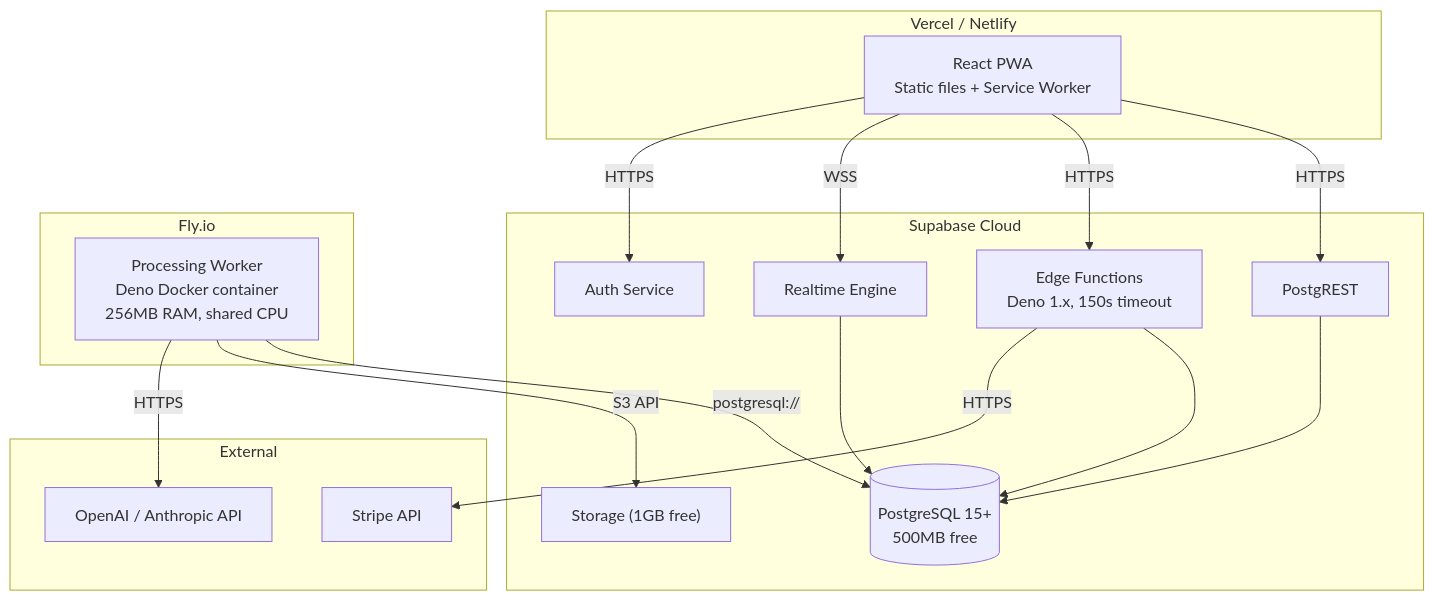
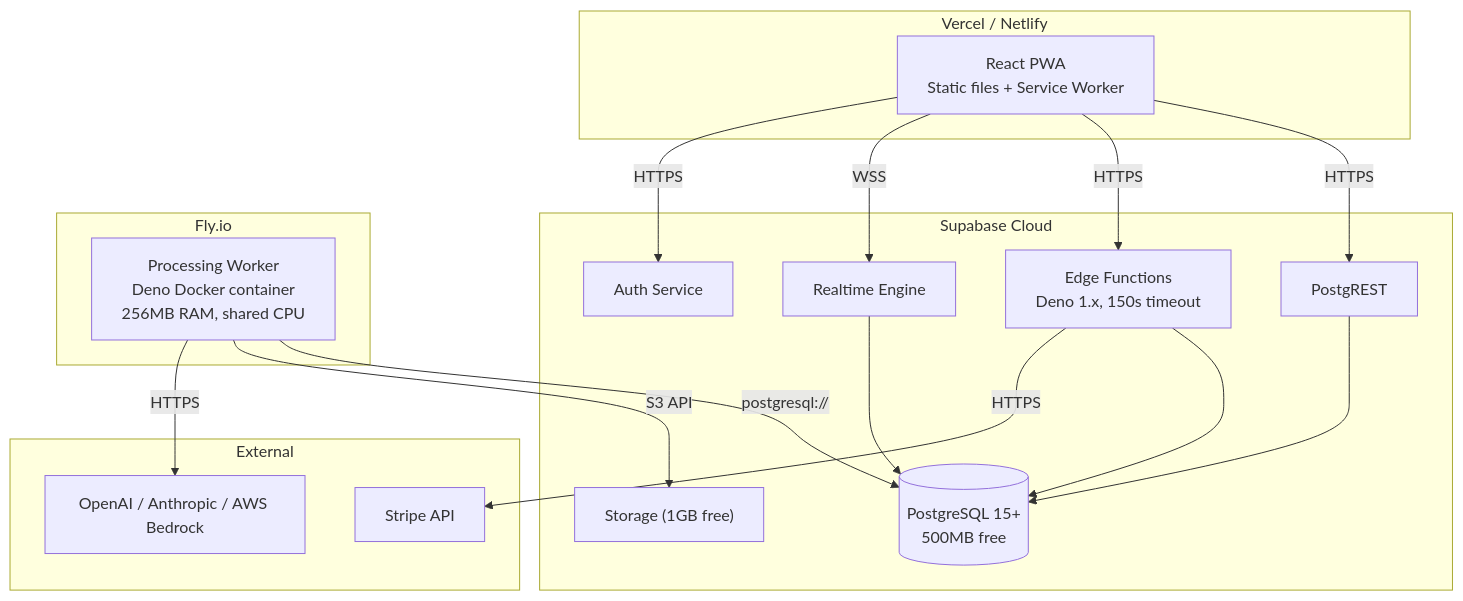
The third of 3 diagrams in specs/architecture.md (maxhopei/brainheal), drawn with Mermaid before and after one commit. The commit also changed other lines of this file and 3 other files, not shown here.

````diff
--- a/specs/architecture.md
+++ b/specs/architecture.md
@@ -124,39 +140,39 @@
 ```mermaid
 graph TB
     subgraph "Vercel / Netlify"
         FE["React PWA<br/>Static files + Service Worker"]
     end
 
     subgraph "Supabase Cloud"
         SDB[("PostgreSQL 15+<br/>500MB free")]
         SAuth2["Auth Service"]
         SStore2["Storage (1GB free)"]
         SEdge2["Edge Functions<br/>Deno 1.x, 150s timeout"]
         SRT2["Realtime Engine"]
         SREST["PostgREST"]
     end
 
     subgraph "Fly.io"
         FlyWorker["Processing Worker<br/>Deno Docker container<br/>256MB RAM, shared CPU"]
     end
 
     subgraph "External"
-        LLMAPI["OpenAI / Anthropic API"]
+        LLMAPI["OpenAI / Anthropic / AWS Bedrock"]
         StripeAPI["Stripe API"]
     end
 
     FE -- "HTTPS" --> SREST
     FE -- "HTTPS" --> SEdge2
     FE -- "WSS" --> SRT2
     FE -- "HTTPS" --> SAuth2
 
     SREST --> SDB
     SEdge2 --> SDB
     SRT2 --> SDB
 
     FlyWorker -- "postgresql://" --> SDB
     FlyWorker -- "S3 API" --> SStore2
     FlyWorker -- "HTTPS" --> LLMAPI
 
     SEdge2 -- "HTTPS" --> StripeAPI
 ```
````
